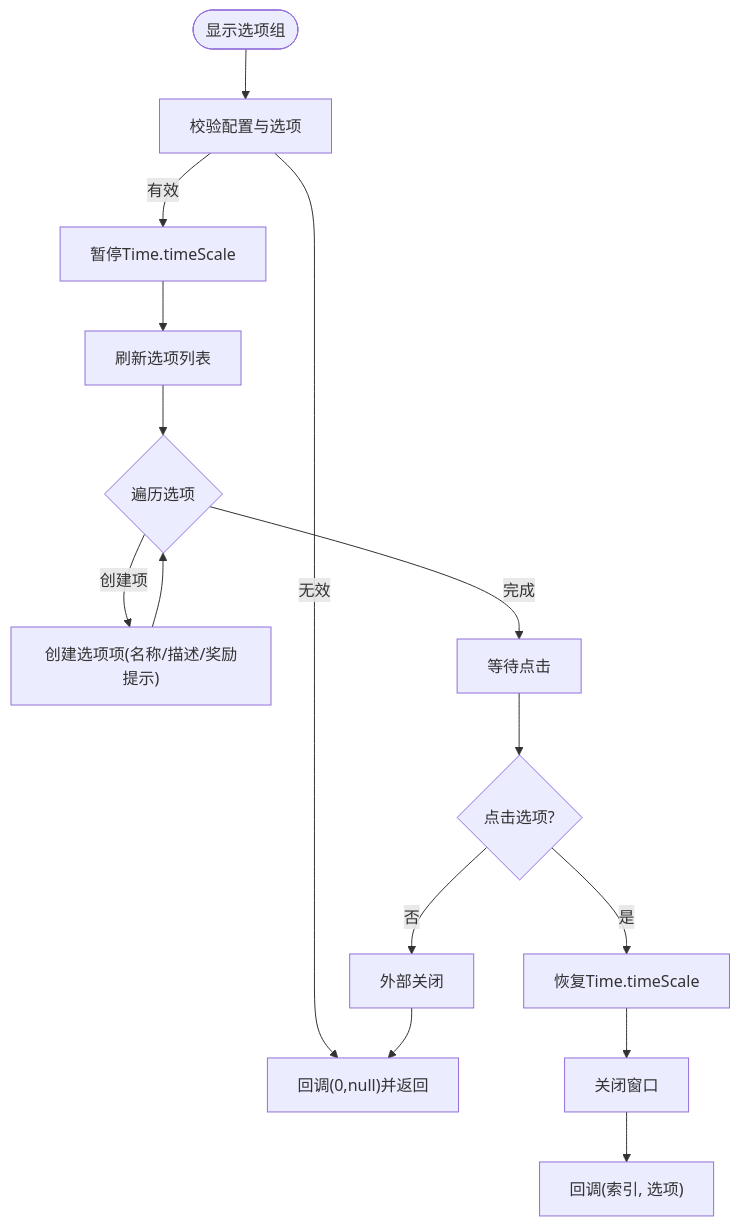
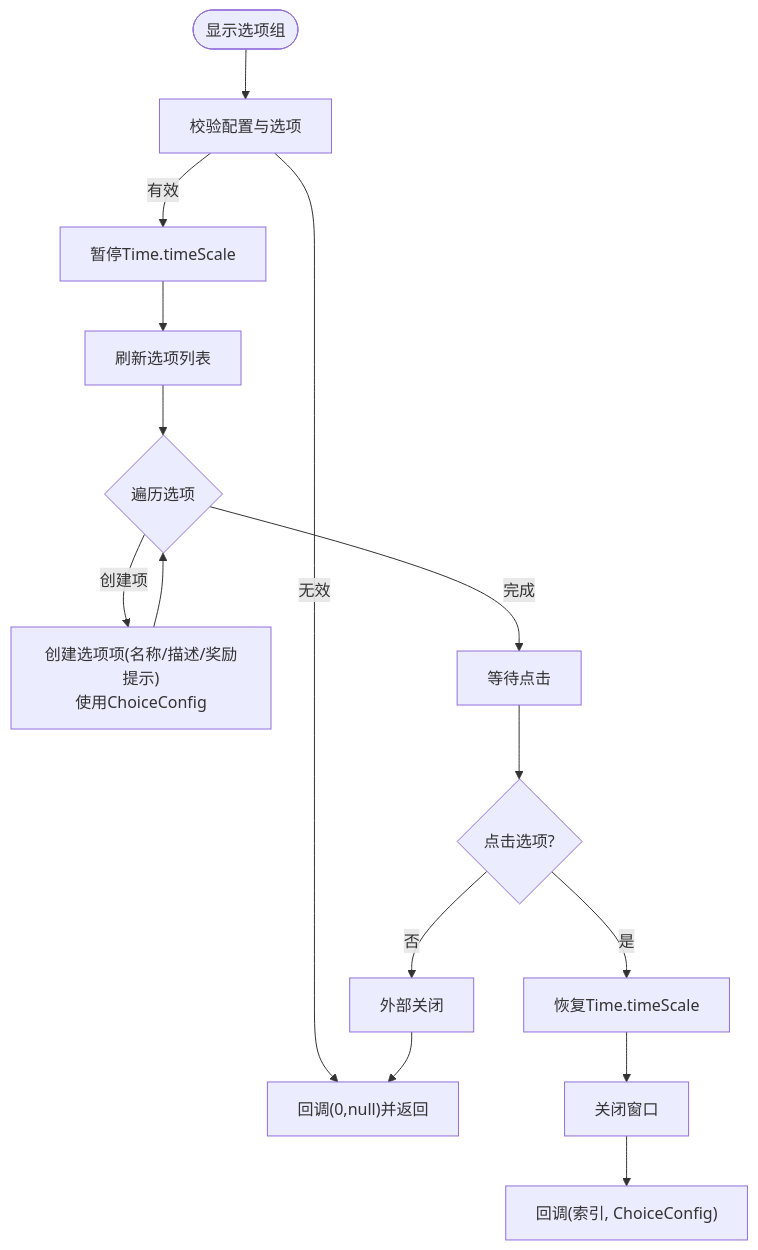
The fourth of 5 diagrams in .qoder/repowiki/zh/content/用户界面系统/对话与选择界面.md (Tuusen/p1_client), drawn with Mermaid before and after one commit. The commit also changed other lines of this file and 9 other files, not shown here.

````diff
--- a/.qoder/repowiki/zh/content/用户界面系统/对话与选择界面.md
+++ b/.qoder/repowiki/zh/content/用户界面系统/对话与选择界面.md
@@ -277,17 +279,17 @@
 ```mermaid
 flowchart TD
 Start(["显示选项组"]) --> CheckCfg["校验配置与选项"]
 CheckCfg --> |无效| CallbackZero["回调(0,null)并返回"]
 CheckCfg --> |有效| PauseTime["暂停Time.timeScale"]
 PauseTime --> Refresh["刷新选项列表"]
 Refresh --> LoopOpts{"遍历选项"}
-LoopOpts --> |创建项| AddItem["创建选项项(名称/描述/奖励提示)"]
+LoopOpts --> |创建项| AddItem["创建选项项(名称/描述/奖励提示)<br/>使用ChoiceConfig"]
 AddItem --> LoopOpts
 LoopOpts --> |完成| WaitClick["等待点击"]
 WaitClick --> Clicked{"点击选项?"}
 Clicked --> |是| Restore["恢复Time.timeScale"]
 Restore --> Close["关闭窗口"]
-Close --> Callback["回调(索引, 选项)"]
+Close --> Callback["回调(索引, ChoiceConfig)"]
 Clicked --> |否| CloseAll["外部关闭"]
 CloseAll --> CallbackZero
 ```
````
